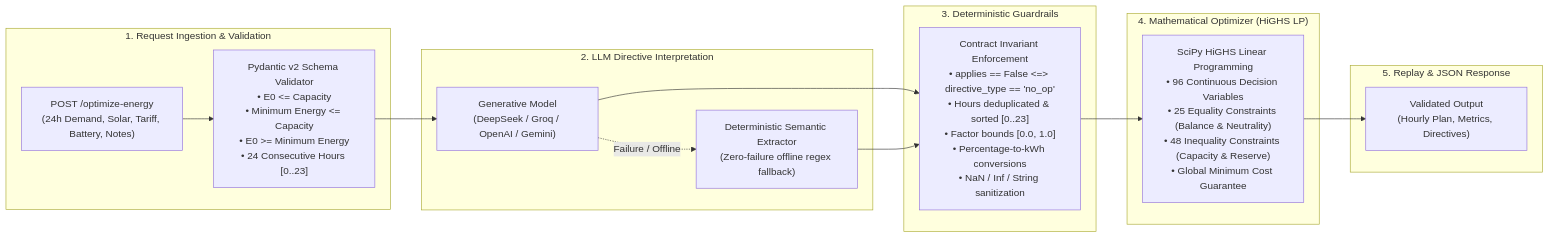
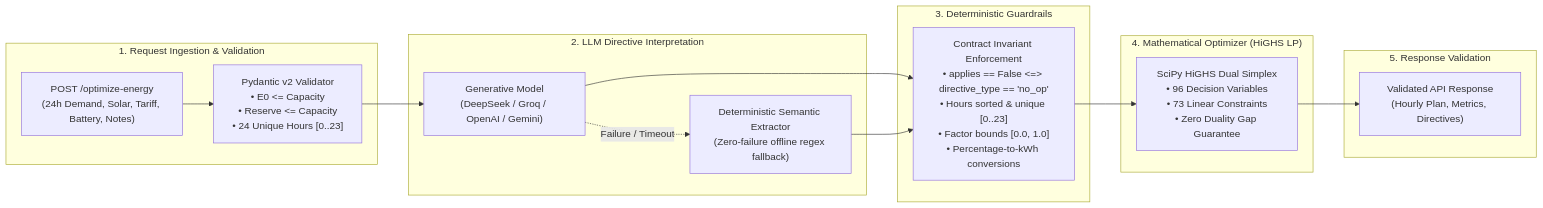
Before and after one commit to happinessisreal/gridwise-energy-optimizer: the diagram in README.md, drawn with Mermaid. The commit also changed other lines of this file, not shown here.

````diff
--- a/README.md
+++ b/README.md
@@ -49,32 +47,32 @@
 ```mermaid
 flowchart LR
     subgraph Ingestion ["1. Request Ingestion & Validation"]
         REQ["POST /optimize-energy\n(24h Demand, Solar, Tariff, Battery, Notes)"]
-        VAL["Pydantic v2 Schema Validator\n• E0 <= Capacity\n• Minimum Energy <= Capacity\n• E0 >= Minimum Energy\n• 24 Consecutive Hours [0..23]"]
+        VAL["Pydantic v2 Validator\n• E0 <= Capacity\n• Reserve <= Capacity\n• 24 Unique Hours [0..23]"]
     end
 
     subgraph LLM_Layer ["2. LLM Directive Interpretation"]
         LLM["Generative Model\n(DeepSeek / Groq / OpenAI / Gemini)"]
         FALLBACK["Deterministic Semantic Extractor\n(Zero-failure offline regex fallback)"]
     end
 
     subgraph Guardrail_Layer ["3. Deterministic Guardrails"]
-        GR["Contract Invariant Enforcement\n• applies == False <=> directive_type == 'no_op'\n• Hours deduplicated & sorted [0..23]\n• Factor bounds [0.0, 1.0]\n• Percentage-to-kWh conversions\n• NaN / Inf / String sanitization"]
+        GR["Contract Invariant Enforcement\n• applies == False <=> directive_type == 'no_op'\n• Hours sorted & unique [0..23]\n• Factor bounds [0.0, 1.0]\n• Percentage-to-kWh conversions"]
     end
 
     subgraph Solver_Layer ["4. Mathematical Optimizer (HiGHS LP)"]
-        LP["SciPy HiGHS Linear Programming\n• 96 Continuous Decision Variables\n• 25 Equality Constraints (Balance & Neutrality)\n• 48 Inequality Constraints (Capacity & Reserve)\n• Global Minimum Cost Guarantee"]
+        LP["SciPy HiGHS Dual Simplex\n• 96 Decision Variables\n• 73 Linear Constraints\n• Zero Duality Gap Guarantee"]
     end
 
-    subgraph Emission ["5. Replay & JSON Response"]
-        RESP["Validated Output\n(Hourly Plan, Metrics, Directives)"]
+    subgraph Output ["5. Response Validation"]
+        RESP["Validated API Response\n(Hourly Plan, Metrics, Directives)"]
     end
 
     REQ --> VAL
     VAL --> LLM
-    LLM -. Failure / Offline .-> FALLBACK
+    LLM -. Failure / Timeout .-> FALLBACK
     LLM --> GR
     FALLBACK --> GR
     GR --> LP
     LP --> RESP
 ```
````
